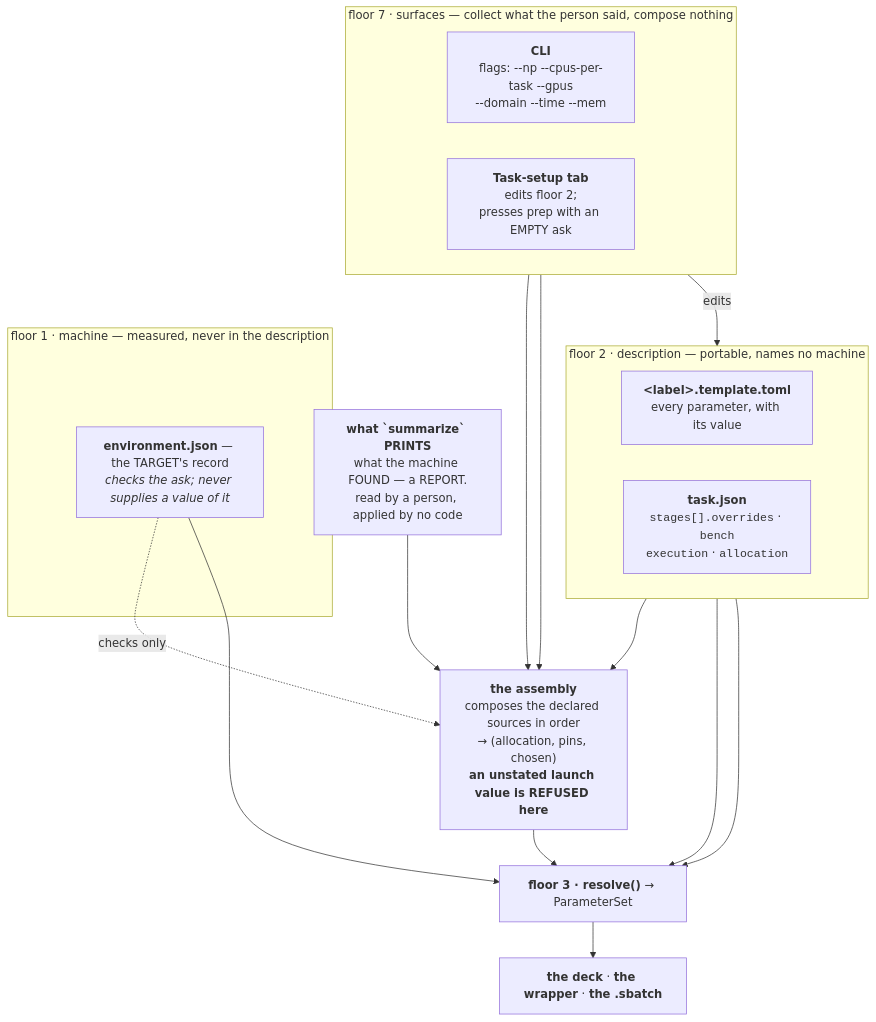
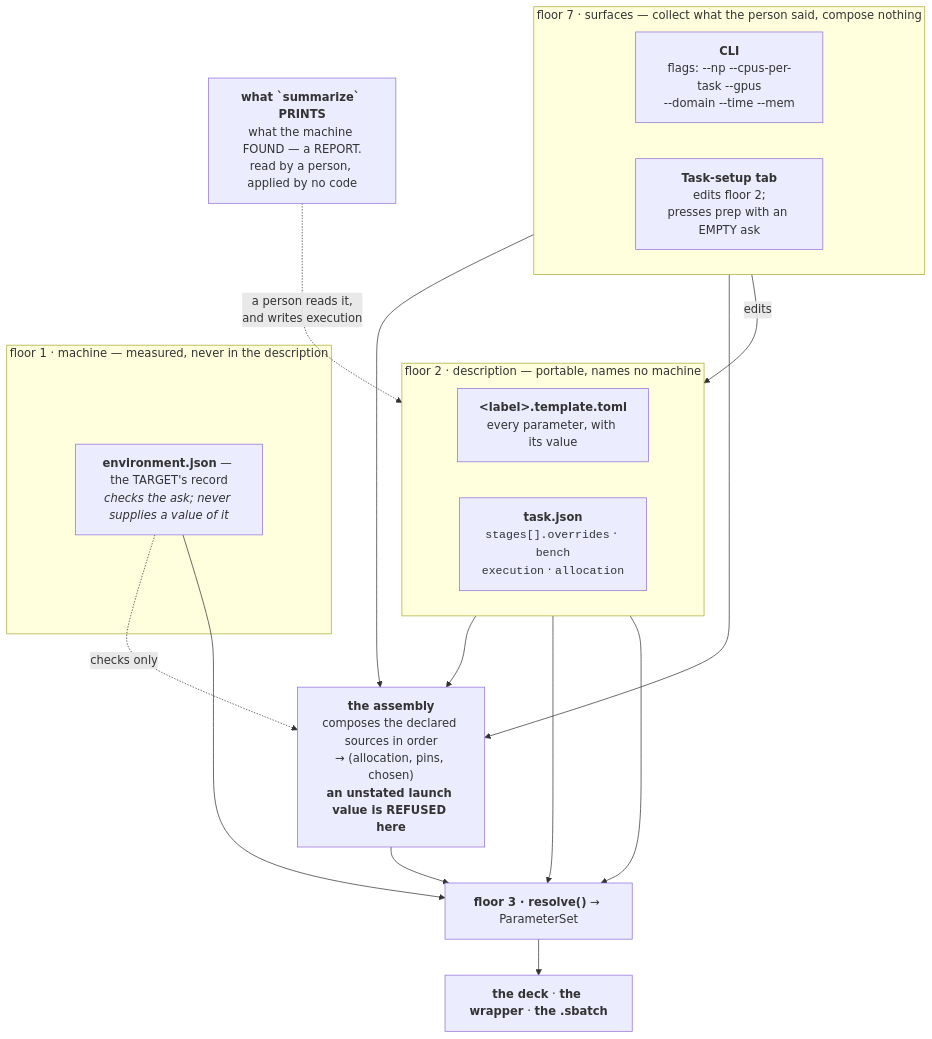
The fifth of 10 diagrams in docs/execution/architecture.md (Qing-LAB/molbuilder), drawn with Mermaid before and after one commit. The commit also changed other lines of this file and 54 other files, not shown here.

````diff
--- a/docs/execution/architecture.md
+++ b/docs/execution/architecture.md
@@ -638,31 +659,31 @@
 ```mermaid
 flowchart TB
     subgraph SURF["floor 7 · surfaces — collect what the person said, compose nothing"]
         direction LR
         CLI["<b>CLI</b><br/>flags: --np --cpus-per-task --gpus<br/>--domain --time --mem"]
         WEB["<b>Task-setup tab</b><br/>edits floor 2;<br/>presses prep with an EMPTY ask"]
     end
     subgraph DESC["floor 2 · description — portable, names no machine"]
         direction LR
         TMPL["<b>&lt;label&gt;.template.toml</b><br/>every parameter, with its value"]
         TASK["<b>task.json</b><br/><code>stages[].overrides</code> · <code>bench</code><br/><code>execution</code> · <code>allocation</code>"]
     end
     subgraph MACH["floor 1 · machine — measured, never in the description"]
         ENV["<b>environment.json</b> — the TARGET's record<br/><i>checks the ask; never supplies a value of it</i>"]
     end
     VERD["<b>what `summarize` PRINTS</b><br/>what the machine FOUND — a REPORT.<br/>read by a person, applied by no code"]
     ASM["<b>the assembly</b><br/>composes the declared sources in order<br/>→ (allocation, pins, chosen)<br/><b>an unstated launch value is REFUSED here</b>"]
     RES["<b>floor 3 · resolve()</b> → ParameterSet"]
     OUT["<b>the deck</b> · <b>the wrapper</b> · <b>the .sbatch</b>"]
     WEB -->|edits| TASK
     CLI --> ASM
     WEB --> ASM
     TASK --> ASM
-    VERD --> ASM
+    VERD -.->|"a person reads it,<br/>and writes execution"| TASK
     ENV -.->|"checks only"| ASM
     ASM --> RES
     TMPL --> RES
     TASK --> RES
     ENV --> RES
     RES --> OUT
 ```
````
